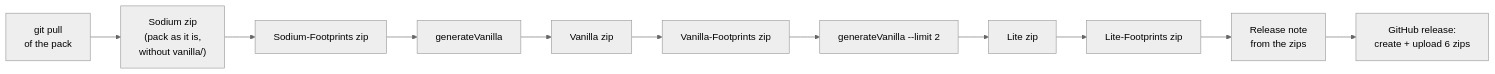
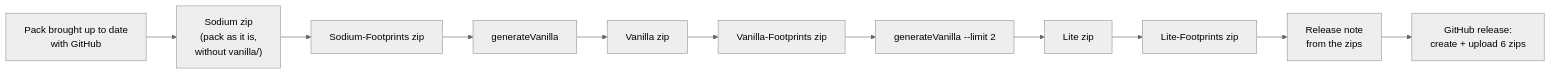
One commit to MCME/ResourcePackScripts changed the third of 3 diagrams in docs/release-pipeline.md. Above: the diagram before and after it, drawn with Mermaid (neutral theme). The commit also changed other lines of this file and 2 other files, not shown here.

First line of the commit message:
docs: A release builds exactly what GitHub has, or stops

````diff
--- a/docs/release-pipeline.md
+++ b/docs/release-pipeline.md
@@ -199,10 +199,10 @@
 ```mermaid
 flowchart LR
-    pull["git pull<br/>of the pack"] --> sodium["Sodium zip<br/>(pack as it is,<br/>without vanilla/)"]
+    pull["Pack brought up to date<br/>with GitHub"] --> sodium["Sodium zip<br/>(pack as it is,<br/>without vanilla/)"]
     sodium --> sfp["Sodium-Footprints zip"]
     sfp --> gen1["generateVanilla"]
     gen1 --> vanilla["Vanilla zip"] --> vfp["Vanilla-Footprints zip"]
     vfp --> gen2["generateVanilla --limit 2"]
     gen2 --> lite["Lite zip"] --> lfp["Lite-Footprints zip"]
     lfp --> note["Release note<br/>from the zips"] --> gh["GitHub release:<br/>create + upload 6 zips"]
 ```
````
